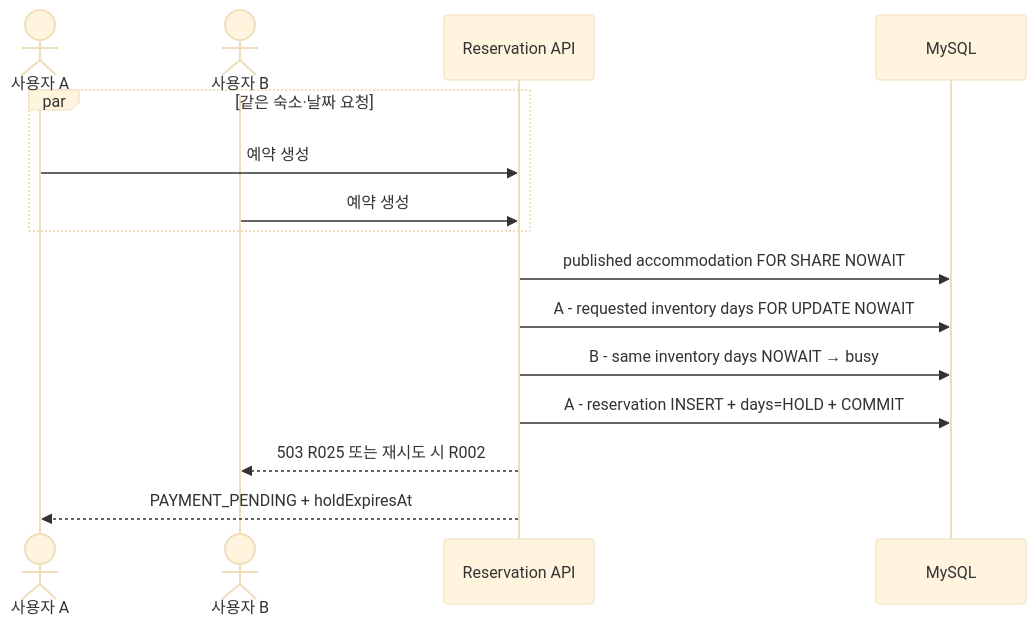
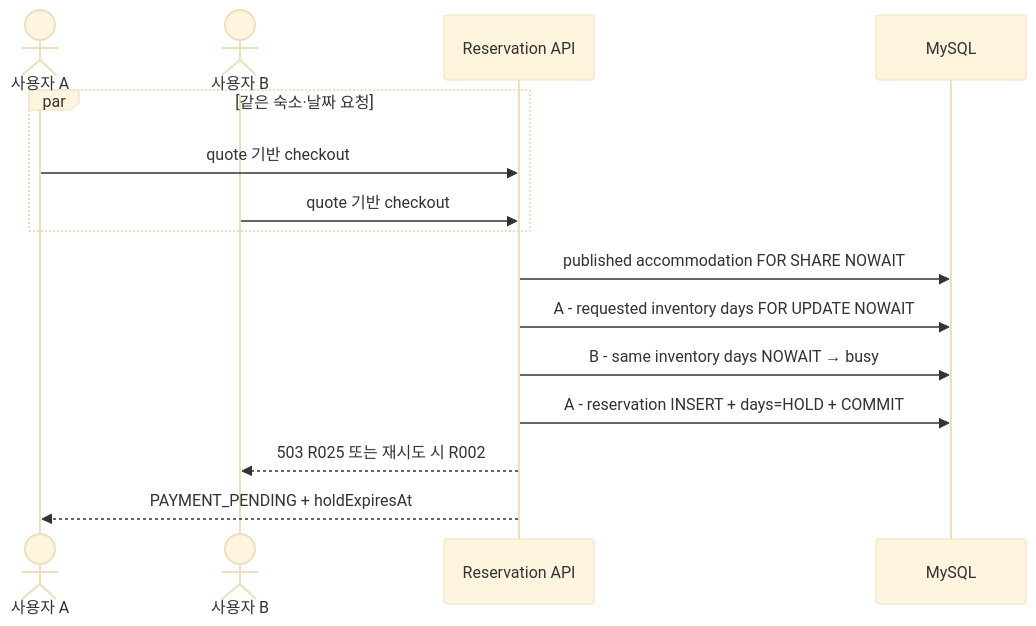
Before and after one commit to eeoos/airbob: the first of 4 diagrams in README.md, drawn with Mermaid (base theme). The commit also changed other lines of this file and 41 other files, not shown here.

Commit message:
refactor(reservation): make quote checkout the sole V1 flow

````diff
--- a/README.md
+++ b/README.md
@@ -56,18 +62,18 @@
 ```mermaid
 sequenceDiagram
     actor A as 사용자 A
     actor B as 사용자 B
     participant API as Reservation API
     participant DB as MySQL
 
     par 같은 숙소·날짜 요청
-        A->>API: 예약 생성
-        B->>API: 예약 생성
+        A->>API: quote 기반 checkout
+        B->>API: quote 기반 checkout
     end
     API->>DB: published accommodation FOR SHARE NOWAIT
     API->>DB: A - requested inventory days FOR UPDATE NOWAIT
     API->>DB: B - same inventory days NOWAIT → busy
     API->>DB: A - reservation INSERT + days=HOLD + COMMIT
     API-->>B: 503 R025 또는 재시도 시 R002
     API-->>A: PAYMENT_PENDING + holdExpiresAt
 ```
````
